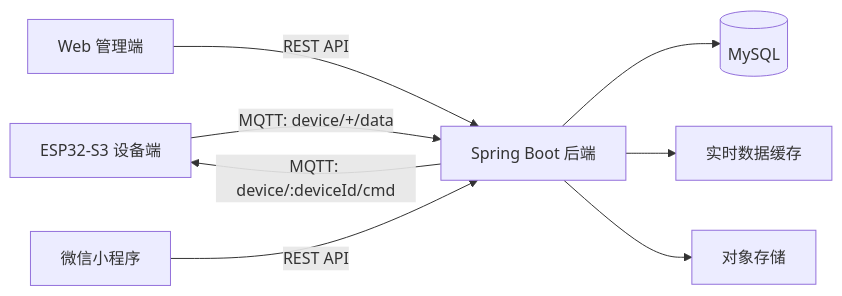
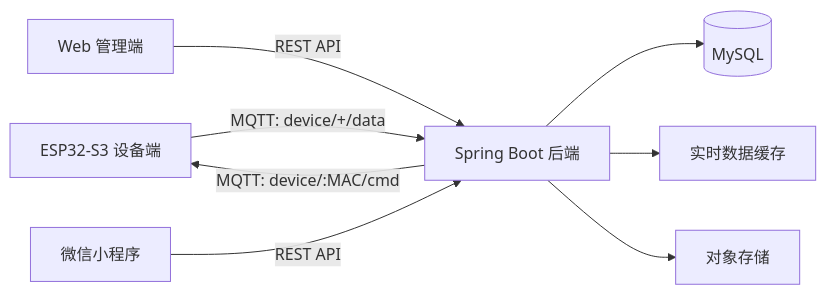
The diagram in README.md (HSTKwow/iot-warehouse-backend), drawn with Mermaid before and after one commit.

Commit message:
“fix”

````diff
--- a/README.md
+++ b/README.md
@@ -30,10 +30,10 @@
 ```mermaid
 flowchart LR
     Device["ESP32-S3 设备端"] -->|MQTT: device/+/data| Backend["Spring Boot 后端"]
-    Backend -->|"MQTT: device/:deviceId/cmd"| Device
+    Backend -->|"MQTT: device/:MAC/cmd"| Device
     Web["Web 管理端"] -->|REST API| Backend
     Miniapp["微信小程序"] -->|REST API| Backend
     Backend --> MySQL[(MySQL)]
     Backend --> Cache["实时数据缓存"]
     Backend --> OSS["对象存储"]
 ```
````
